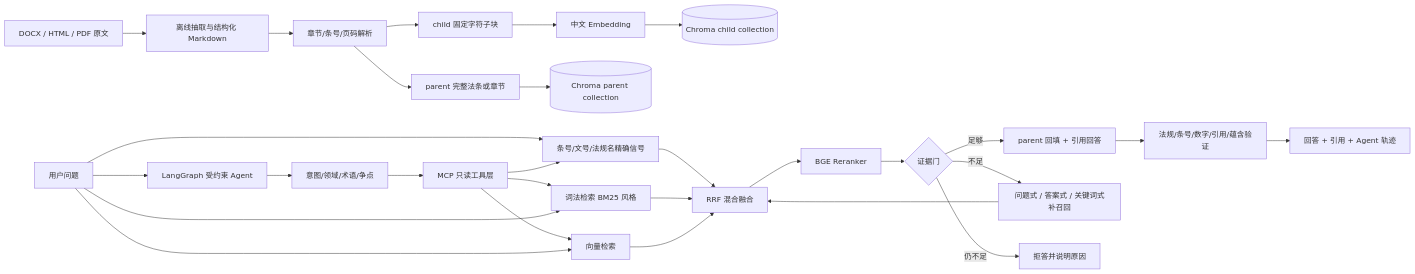
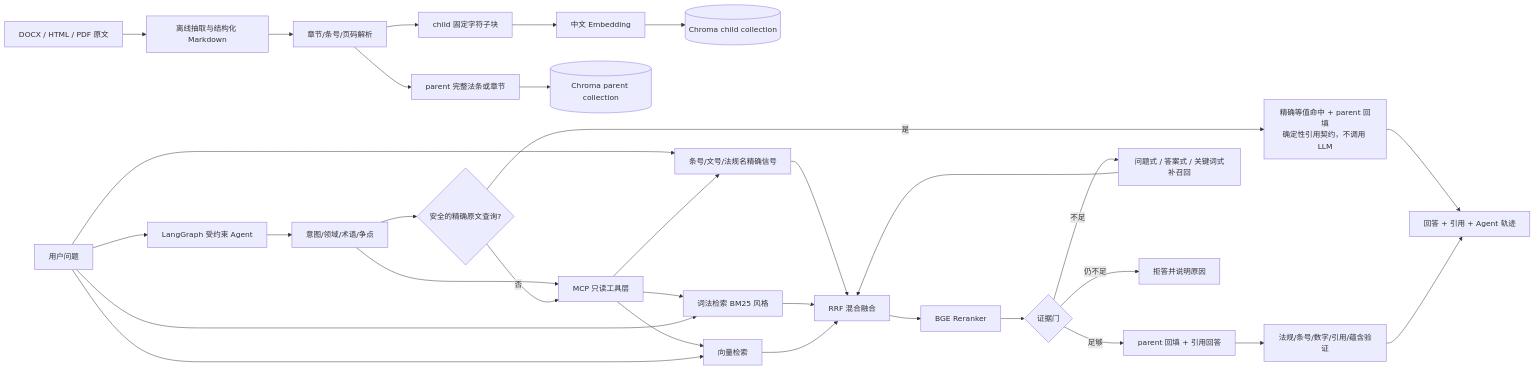
Before and after one commit to yushangcan/JurisRAG: the diagram in README.md, drawn with Mermaid. The commit also changed other lines of this file and 2 other files, not shown here.

````diff
--- a/README.md
+++ b/README.md
@@ -32,31 +34,35 @@
 ```mermaid
 flowchart LR
     A[DOCX / HTML / PDF 原文] --> B[离线抽取与结构化 Markdown]
     B --> C[章节/条号/页码解析]
     C --> D[parent 完整法条或章节]
     C --> E[child 固定字符子块]
     E --> F[中文 Embedding]
     F --> G[(Chroma child collection)]
     D --> H[(Chroma parent collection)]
 
     Q[用户问题] --> I[条号/文号/法规名精确信号]
     Q --> A2[LangGraph 受约束 Agent]
     A2 --> A4[意图/领域/术语/争点]
     A4 --> A3[MCP 只读工具层]
+    A4 --> FP{安全的精确原文查询?}
+    FP -- 是 --> FPA[精确等值命中 + parent 回填<br/>确定性引用契约，不调用 LLM]
+    FPA --> W
+    FP -- 否 --> A3
     A3 --> I
     A3 --> J
     A3 --> K
     Q --> J[词法检索 BM25 风格]
     Q --> K[向量检索]
     I --> L[RRF 混合融合]
     J --> L
     K --> L
     L --> M[BGE Reranker]
     M --> N{证据门}
     N -- 足够 --> O[parent 回填 + 引用回答]
     N -- 不足 --> P[问题式 / 答案式 / 关键词式补召回]
     P --> L
     N -- 仍不足 --> R[拒答并说明原因]
     O --> V[法规/条号/数字/引用/蕴含验证]
     V --> W[回答 + 引用 + Agent 轨迹]
 ```
````
